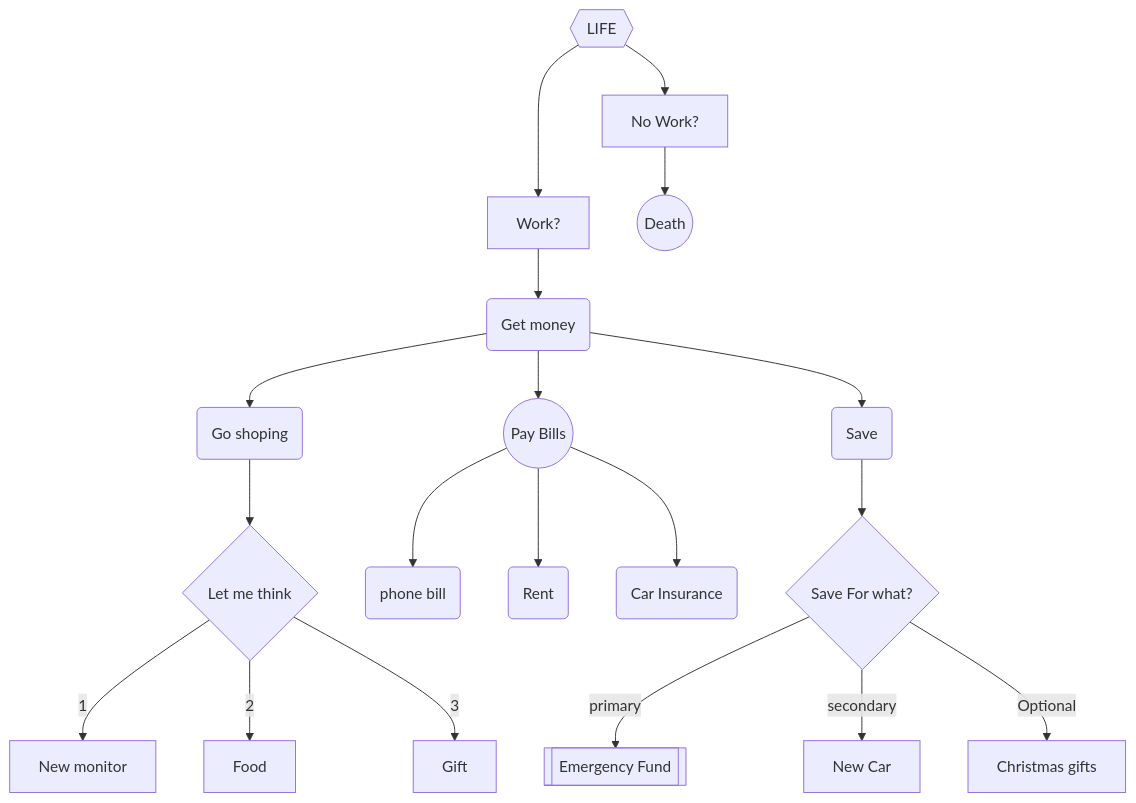
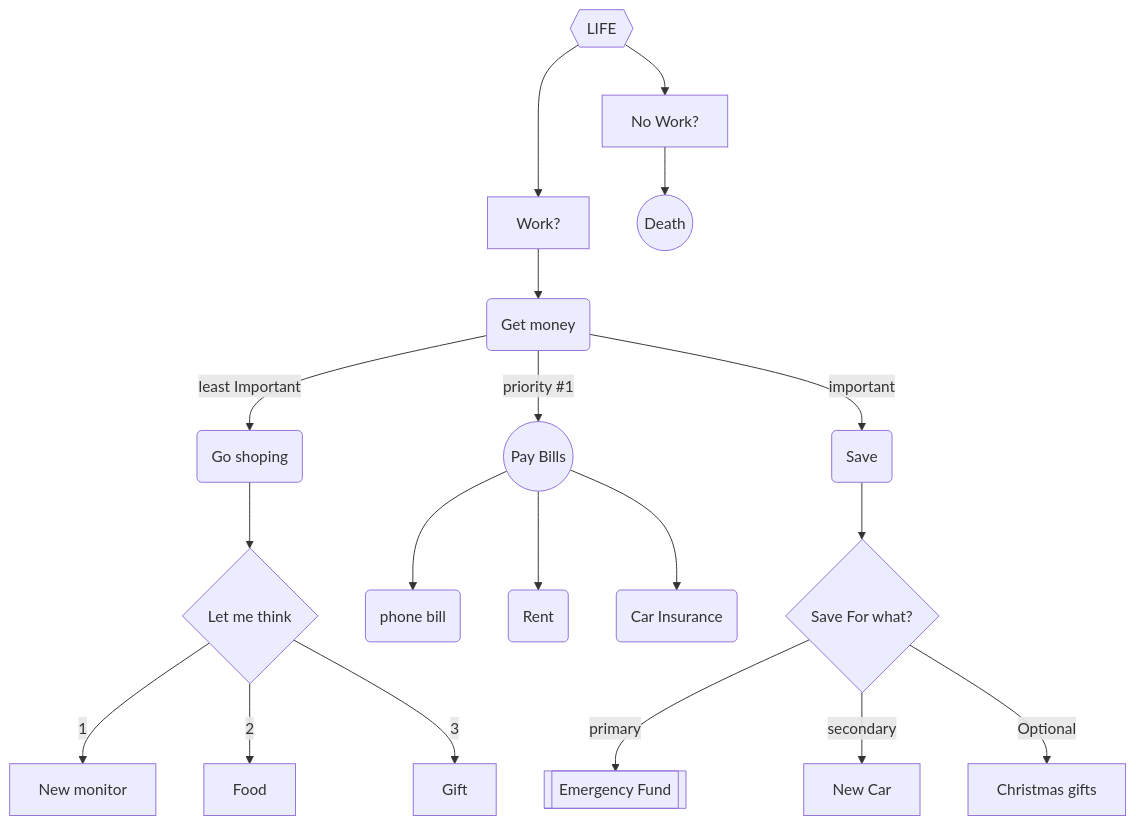
The diagram in Diagram.md (Epperezmoreno/epperezmoreno.github.io), drawn with Mermaid before and after one commit.

Commit message:
(Final) flowchart
added final touches

````diff
--- a/Diagram.md
+++ b/Diagram.md
@@ -1,24 +1,24 @@
 ```mermaid
 flowchart TD 
 AA{{LIFE}} --->A[Work?] -->B(Get money)
-B --> C(Go shoping)
-B --> D((Pay Bills))
-B --> E(Save)
+B -->|least Important| C(Go shoping)
+B -->|priority #1| D((Pay Bills))
+B -->|important| E(Save)
 C --> F{Let me think}
 F -->|1| G[New monitor]
 F -->|2| H[Food]
 F -->|3| I[Gift]
 
 D --> J(phone bill)
 D --> K(Rent)
 D --> M(Car Insurance)
 
 E --> N{Save For what?}
 N --> |primary| O[[Emergency Fund]]
 N --> |secondary| P[New Car]
 N --> |Optional| Q[Christmas gifts]
 
 AA -->X[No Work?]
 X -->L((Death))
 
 ```
````
